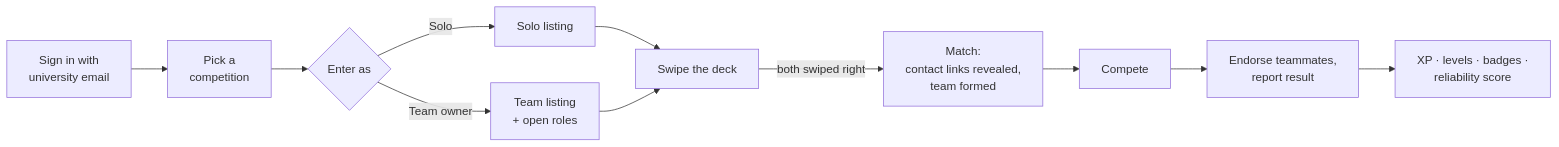
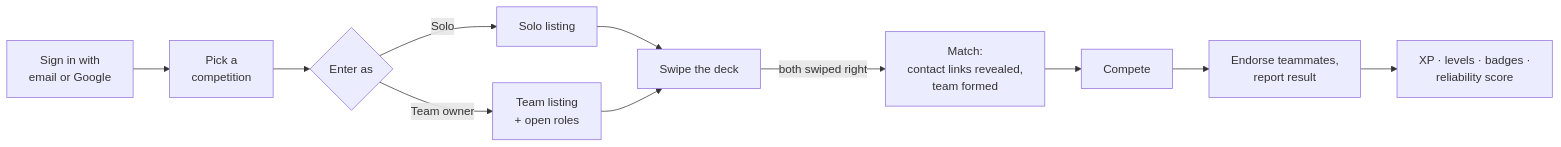
One commit to talax0n/Ether changed the first of 3 diagrams in README.md. Above: the diagram before and after it, drawn with Mermaid. The commit also changed other lines of this file and 16 other files, not shown here.

First line of the commit message:
feat(auth): open sign-up to any email

````diff
--- a/README.md
+++ b/README.md
@@ -54,13 +54,13 @@
 ```mermaid
 flowchart LR
-    A[Sign in with<br/>university email] --> B[Pick a<br/>competition]
+    A[Sign in with<br/>email or Google] --> B[Pick a<br/>competition]
     B --> C{Enter as}
     C -->|Solo| D[Solo listing]
     C -->|Team owner| E[Team listing<br/>+ open roles]
     D --> F[Swipe the deck]
     E --> F
     F -->|both swiped right| G[Match:<br/>contact links revealed,<br/>team formed]
     G --> H[Compete]
     H --> I[Endorse teammates,<br/>report result]
     I --> J[XP · levels · badges ·<br/>reliability score]
 ```
````
